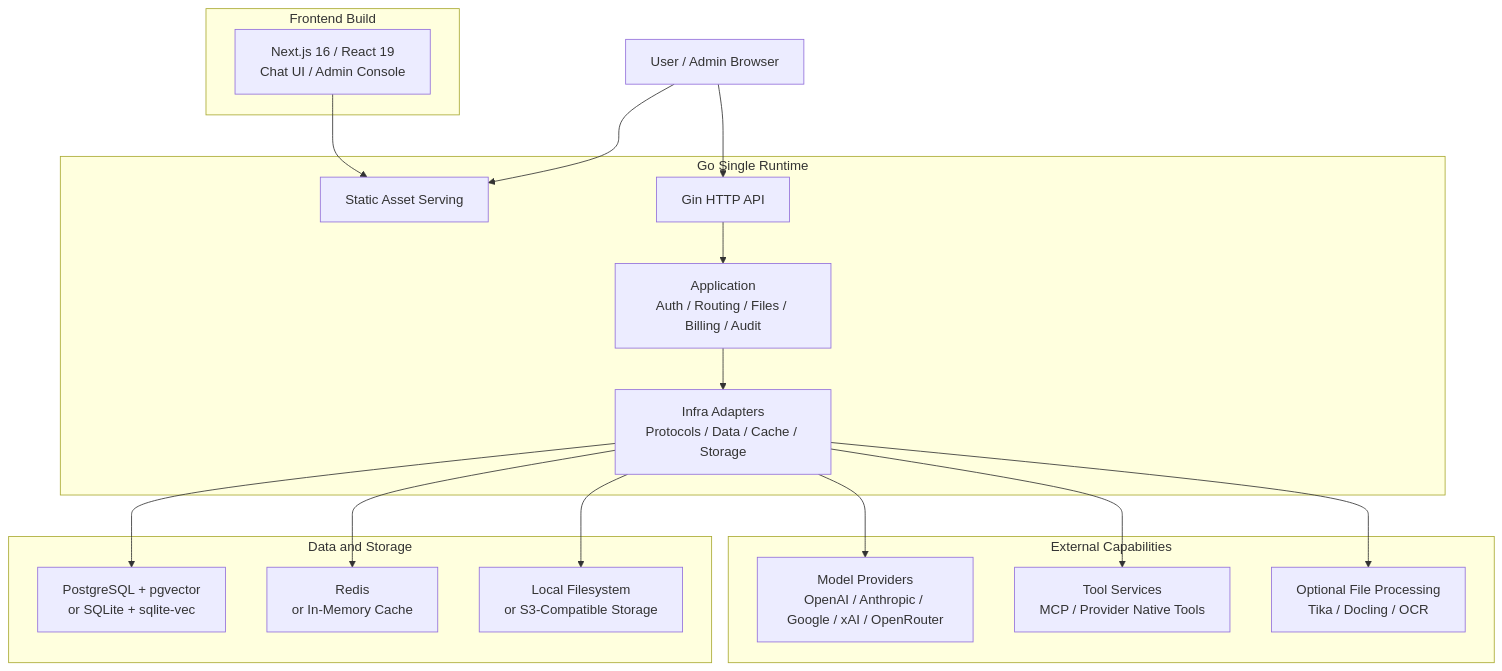
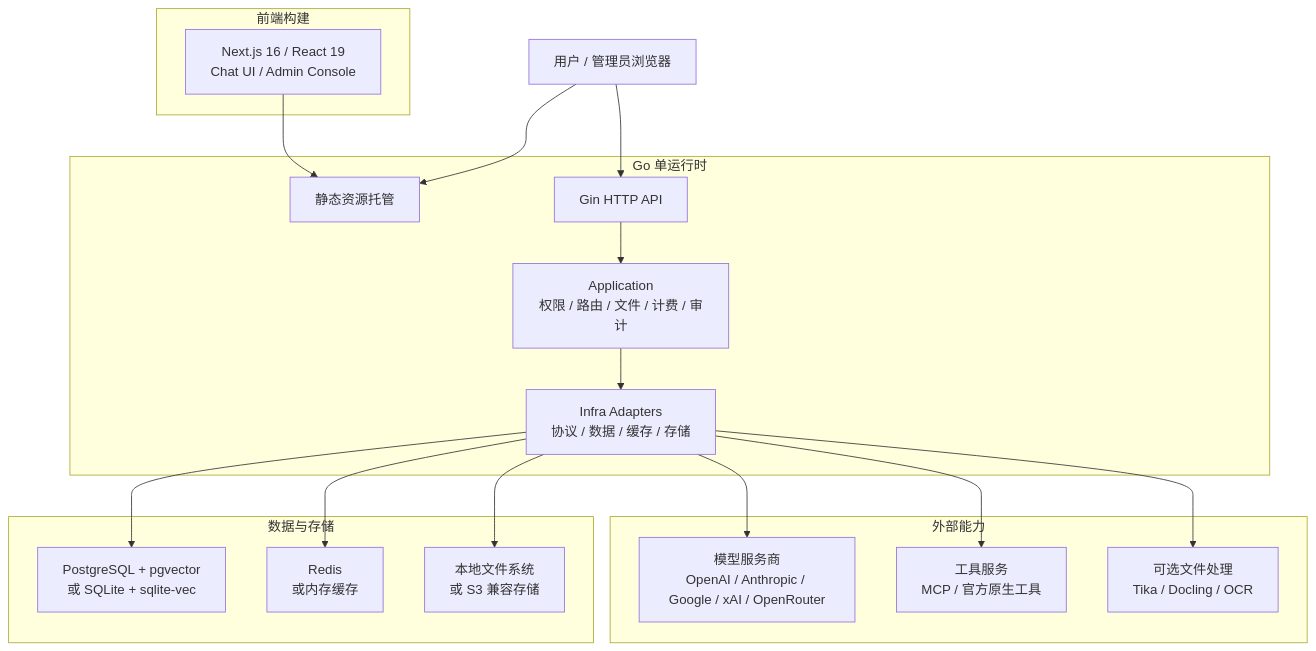
Before and after one commit to LHXCxyw/DEEIX-Chat: the diagram in README.md, drawn with Mermaid. The commit also changed other lines of this file and 11 other files, not shown here.

````diff
--- a/README.md
+++ b/README.md
@@ -85,39 +83,39 @@
 ```mermaid
 flowchart TB
-  Browser["User / Admin Browser"]
+  Browser["用户 / 管理员浏览器"]
 
-  subgraph Frontend["Frontend Build"]
+  subgraph Frontend["前端构建"]
     Web["Next.js 16 / React 19<br/>Chat UI / Admin Console"]
   end
 
-  subgraph Backend["Go Single Runtime"]
-    Static["Static Asset Serving"]
+  subgraph Backend["Go 单运行时"]
+    Static["静态资源托管"]
     HTTP["Gin HTTP API"]
-    App["Application<br/>Auth / Routing / Files / Billing / Audit"]
-    Infra["Infra Adapters<br/>Protocols / Data / Cache / Storage"]
+    App["Application<br/>权限 / 路由 / 文件 / 计费 / 审计"]
+    Infra["Infra Adapters<br/>协议 / 数据 / 缓存 / 存储"]
   end
 
-  subgraph External["External Capabilities"]
-    Providers["Model Providers<br/>OpenAI / Anthropic / Google / xAI / OpenRouter"]
-    Tools["Tool Services<br/>MCP / Provider Native Tools"]
-    Extractors["Optional File Processing<br/>Tika / Docling / OCR"]
+  subgraph External["外部能力"]
+    Providers["模型服务商<br/>OpenAI / Anthropic / Google / xAI / OpenRouter"]
+    Tools["工具服务<br/>MCP / 官方原生工具"]
+    Extractors["可选文件处理<br/>Tika / Docling / OCR"]
   end
 
-  subgraph Data["Data and Storage"]
-    DB["PostgreSQL + pgvector<br/>or SQLite + sqlite-vec"]
-    Cache["Redis<br/>or In-Memory Cache"]
-    Storage["Local Filesystem<br/>or S3-Compatible Storage"]
+  subgraph Data["数据与存储"]
+    DB["PostgreSQL + pgvector<br/>或 SQLite + sqlite-vec"]
+    Cache["Redis<br/>或内存缓存"]
+    Storage["本地文件系统<br/>或 S3 兼容存储"]
   end
 
   Web --> Static
   Browser --> Static
   Browser --> HTTP
   HTTP --> App
   App --> Infra
   Infra --> Providers
   Infra --> Tools
   Infra --> Extractors
   Infra --> DB
   Infra --> Cache
   Infra --> Storage
 ```
````
